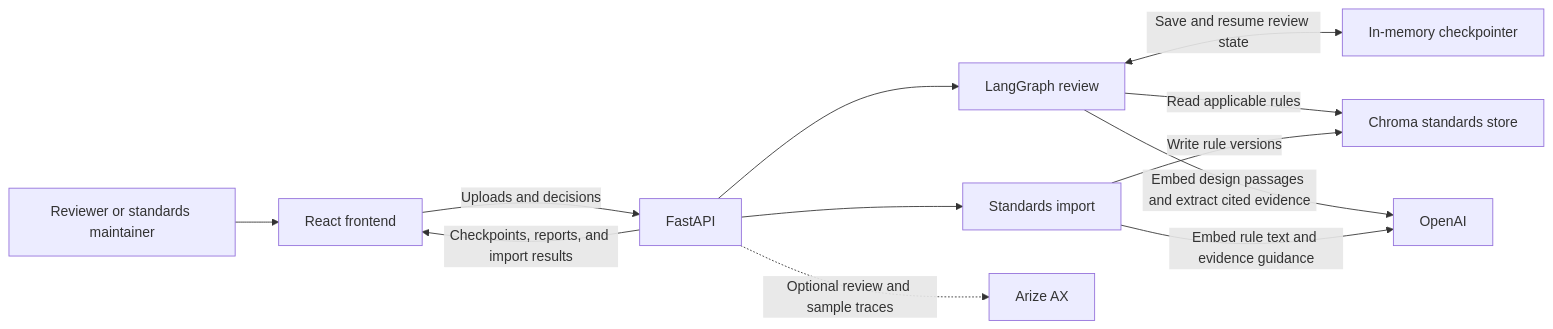
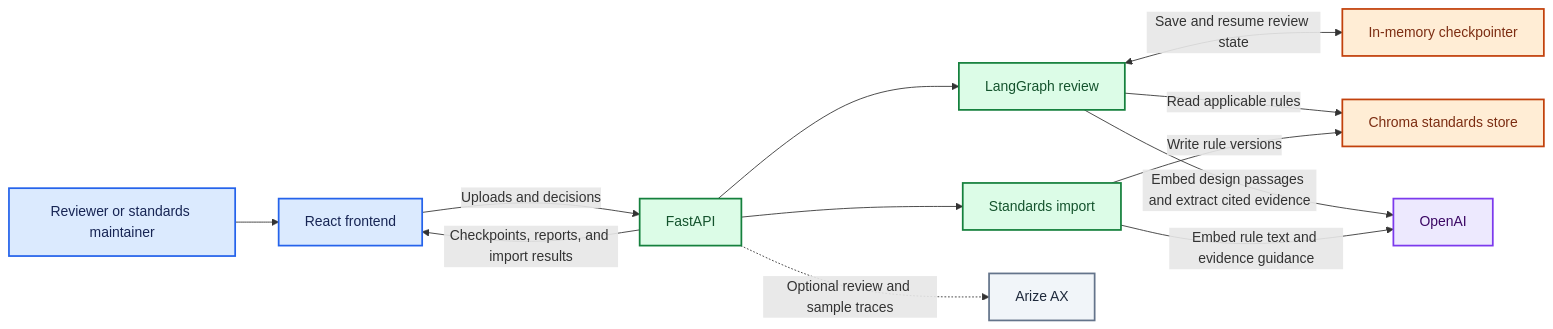
The first of 9 diagrams in flowdiagrams.md (girisheduru/archgovasst), drawn with Mermaid before and after one commit. The commit also changed other lines of this file and 18 other files, not shown here.

Commit message:
Nodes and architecture changed along with banners and comments

````diff
--- a/flowdiagrams.md
+++ b/flowdiagrams.md
@@ -5,14 +20,25 @@
 ```mermaid
 flowchart LR
     User["Reviewer or standards maintainer"] --> UI["React frontend"]
     UI -->|"Uploads and decisions"| API["FastAPI"]
     API -->|"Checkpoints, reports, and import results"| UI
     API --> Review["LangGraph review"]
     API --> Import["Standards import"]
     Review <-->|"Save and resume review state"| Memory["In-memory checkpointer"]
     Review -->|"Read applicable rules"| Chroma["Chroma standards store"]
     Import -->|"Write rule versions"| Chroma
     Review -->|"Embed design passages and extract cited evidence"| OpenAI["OpenAI"]
     Import -->|"Embed rule text and evidence guidance"| OpenAI
     API -.->|"Optional review and sample traces"| Arize["Arize AX"]
+
+    classDef user fill:#dbeafe,stroke:#2563eb,color:#172554,stroke-width:2px;
+    class User,UI user;
+    classDef process fill:#dcfce7,stroke:#15803d,color:#14532d,stroke-width:2px;
+    class API,Review,Import process;
+    classDef store fill:#ffedd5,stroke:#c2410c,color:#7c2d12,stroke-width:2px;
+    class Memory,Chroma store;
+    classDef llm fill:#ede9fe,stroke:#7c3aed,color:#3b0764,stroke-width:2px;
+    class OpenAI llm;
+    classDef optional fill:#f1f5f9,stroke:#64748b,color:#1e293b,stroke-width:2px;
+    class Arize optional;
 ```
````
